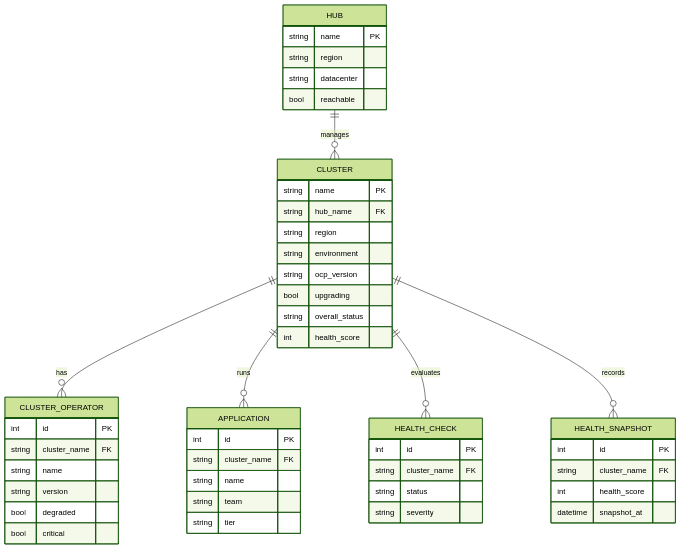
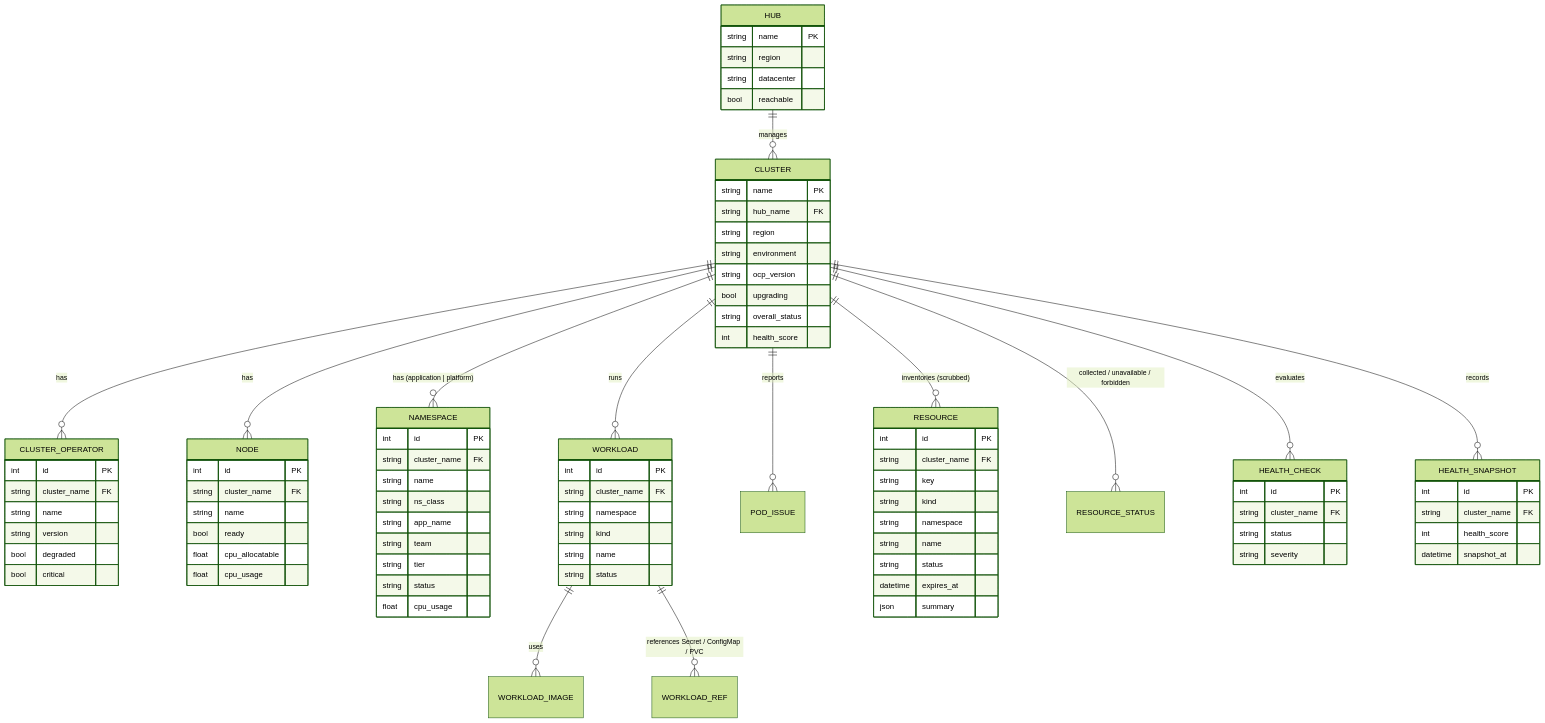
The fourth of 6 diagrams in docs/architecture.md (aasthapit/Operations-Data-Layer), drawn with Mermaid (forest theme) before and after one commit. The commit also changed other lines of this file and 70 other files, not shown here.

```diff
--- a/docs/architecture.md
+++ b/docs/architecture.md
@@ -119,7 +136,14 @@
 erDiagram
   HUB ||--o{ CLUSTER : manages
   CLUSTER ||--o{ CLUSTER_OPERATOR : has
-  CLUSTER ||--o{ APPLICATION : runs
+  CLUSTER ||--o{ NODE : has
+  CLUSTER ||--o{ NAMESPACE : "has (application | platform)"
+  CLUSTER ||--o{ WORKLOAD : runs
+  WORKLOAD ||--o{ WORKLOAD_IMAGE : uses
+  WORKLOAD ||--o{ WORKLOAD_REF : "references Secret / ConfigMap / PVC"
+  CLUSTER ||--o{ POD_ISSUE : reports
+  CLUSTER ||--o{ RESOURCE : "inventories (scrubbed)"
+  CLUSTER ||--o{ RESOURCE_STATUS : "collected / unavailable / forbidden"
   CLUSTER ||--o{ HEALTH_CHECK : evaluates
   CLUSTER ||--o{ HEALTH_SNAPSHOT : records
   HUB {
@@ -146,12 +170,43 @@
     bool degraded
     bool critical
   }
-  APPLICATION {
+  NAMESPACE {
     int id PK
     string cluster_name FK
     string name
+    string ns_class
+    string app_name
     string team
     string tier
+    string status
+    float cpu_usage
+  }
+  NODE {
+    int id PK
+    string cluster_name FK
+    string name
+    bool ready
+    float cpu_allocatable
+    float cpu_usage
+  }
+  WORKLOAD {
+    int id PK
+    string cluster_name FK
+    string namespace
+    string kind
+    string name
+    string status
+  }
+  RESOURCE {
+    int id PK
+    string cluster_name FK
+    string key
+    string kind
+    string namespace
+    string name
+    string status
+    datetime expires_at
+    json summary
   }
   HEALTH_CHECK {
     int id PK
```
